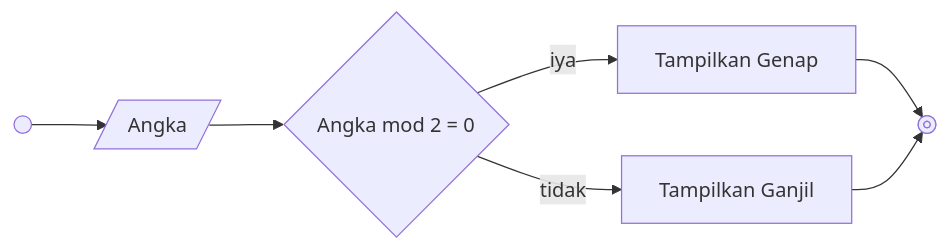
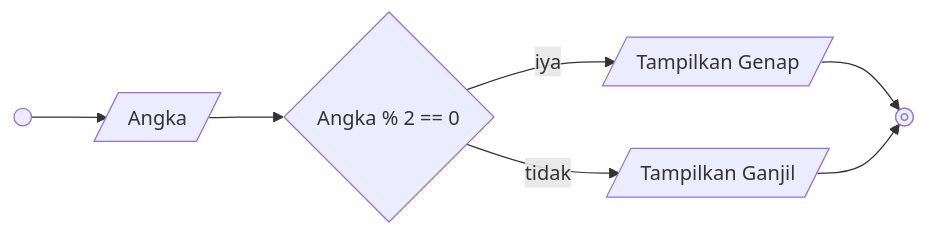
Before and after one commit to rizqyazhar/koda-b10-algoritma: the diagram in README.md, drawn with Mermaid.

Commit message:
change label decision flowchart on README.md

````diff
--- a/README.md
+++ b/README.md
@@ -26,14 +26,14 @@
 ```mermaid
 flowchart LR
   A@{shape: start, label: "Start"}
   B@{shape: stop, label: "End"}
-  C@{shape: diam, label: "Angka mod 2 = 0"}
+  C@{shape: diam, label: "Angka % 2 == 0"}
   D@{shape: lean-r, label: "Angka"}
-  E@{shape: rect, label: "Tampilkan Genap"}
-  F@{shape: rect, label: "Tampilkan Ganjil"}
+  E@{shape: lean-r, label: "Tampilkan Genap"}
+  F@{shape: lean-r, label: "Tampilkan Ganjil"}
 
   A --> D --> C --iya--> E 
   C --tidak--> F
   E & F --> B
 
 ```
````
